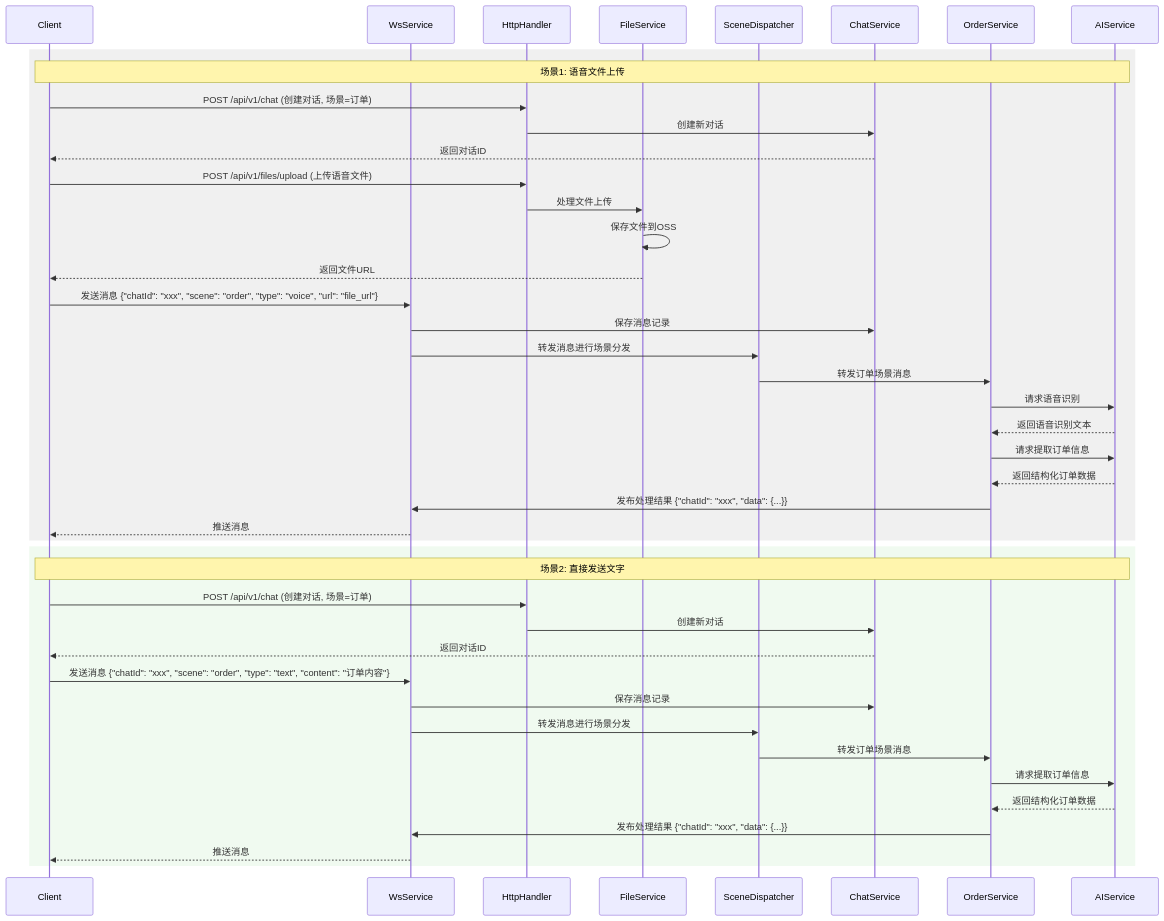
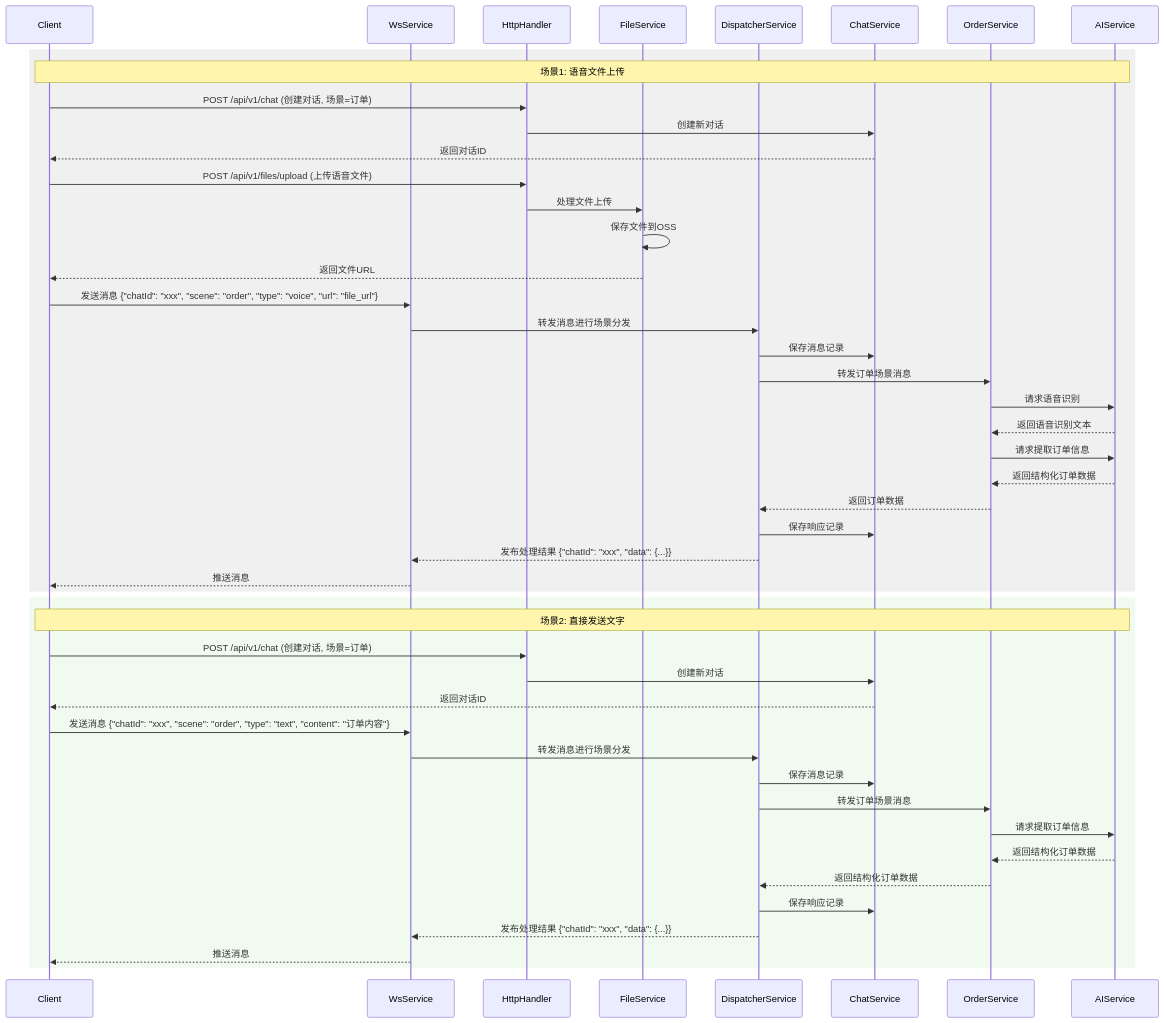
The third of 5 diagrams in ai-coding/output/应用软件交互时序图.md (hanhzf/aiops), drawn with Mermaid before and after one commit. The commit also changed other lines of this file and 1 other file, not shown here.

````diff
--- a/ai-coding/output/应用软件交互时序图.md
+++ b/ai-coding/output/应用软件交互时序图.md
@@ -91,56 +91,60 @@
 ```mermaid
 sequenceDiagram
     participant Client
     participant WsService
     participant HttpHandler
     participant FileService
-    participant SceneDispatcher
+    participant DispatcherService
     participant ChatService
     participant OrderService
     participant AIService
 
     %% %% WebSocket连接建立（只需要建立一次）
     %% Client->>WsService: 建立WebSocket连接
     %% WsService-->>Client: 连接确认
 
     %% 场景1: 语音文件上传流程
     rect rgb(240, 240, 240)
         Note over Client,AIService: 场景1: 语音文件上传
         Client->>HttpHandler: POST /api/v1/chat (创建对话, 场景=订单)
         HttpHandler->>ChatService: 创建新对话
         ChatService-->>Client: 返回对话ID
         
         Client->>HttpHandler: POST /api/v1/files/upload (上传语音文件)
         HttpHandler->>FileService: 处理文件上传
         FileService->>FileService: 保存文件到OSS
         FileService-->>Client: 返回文件URL
         
         Client->>WsService: 发送消息 {"chatId": "xxx", "scene": "order", "type": "voice", "url": "file_url"}
-        WsService->>ChatService: 保存消息记录
-        WsService->>SceneDispatcher: 转发消息进行场景分发
-        SceneDispatcher->>OrderService: 转发订单场景消息
+        WsService->>DispatcherService: 转发消息进行场景分发
+        DispatcherService->>ChatService: 保存消息记录
+        DispatcherService->>OrderService: 转发订单场景消息
         OrderService->>AIService: 请求语音识别
         AIService-->>OrderService: 返回语音识别文本
         OrderService->>AIService: 请求提取订单信息
         AIService-->>OrderService: 返回结构化订单数据
-        OrderService->>WsService: 发布处理结果 {"chatId": "xxx", "data": {...}}
+        OrderService-->>DispatcherService: 返回订单数据
+        DispatcherService->>ChatService: 保存响应记录
+        DispatcherService-->>WsService: 发布处理结果 {"chatId": "xxx", "data": {...}}
         WsService-->>Client: 推送消息
     end
 
     %% 场景2: 直接发送文字流程
     rect rgb(240, 250, 240)
         Note over Client,AIService: 场景2: 直接发送文字
         Client->>HttpHandler: POST /api/v1/chat (创建对话, 场景=订单)
         HttpHandler->>ChatService: 创建新对话
         ChatService-->>Client: 返回对话ID
         
         Client->>WsService: 发送消息 {"chatId": "xxx", "scene": "order", "type": "text", "content": "订单内容"}
-        WsService->>ChatService: 保存消息记录
-        WsService->>SceneDispatcher: 转发消息进行场景分发
-        SceneDispatcher->>OrderService: 转发订单场景消息
+        WsService->>DispatcherService: 转发消息进行场景分发
+        DispatcherService->>ChatService: 保存消息记录
+        DispatcherService->>OrderService: 转发订单场景消息
         OrderService->>AIService: 请求提取订单信息
         AIService-->>OrderService: 返回结构化订单数据
-        OrderService->>WsService: 发布处理结果 {"chatId": "xxx", "data": {...}}
+        OrderService-->>DispatcherService: 返回结构化订单数据
+        DispatcherService->>ChatService: 保存响应记录
+        DispatcherService-->>WsService: 发布处理结果 {"chatId": "xxx", "data": {...}}
         WsService-->>Client: 推送消息
     end
 ```
````
